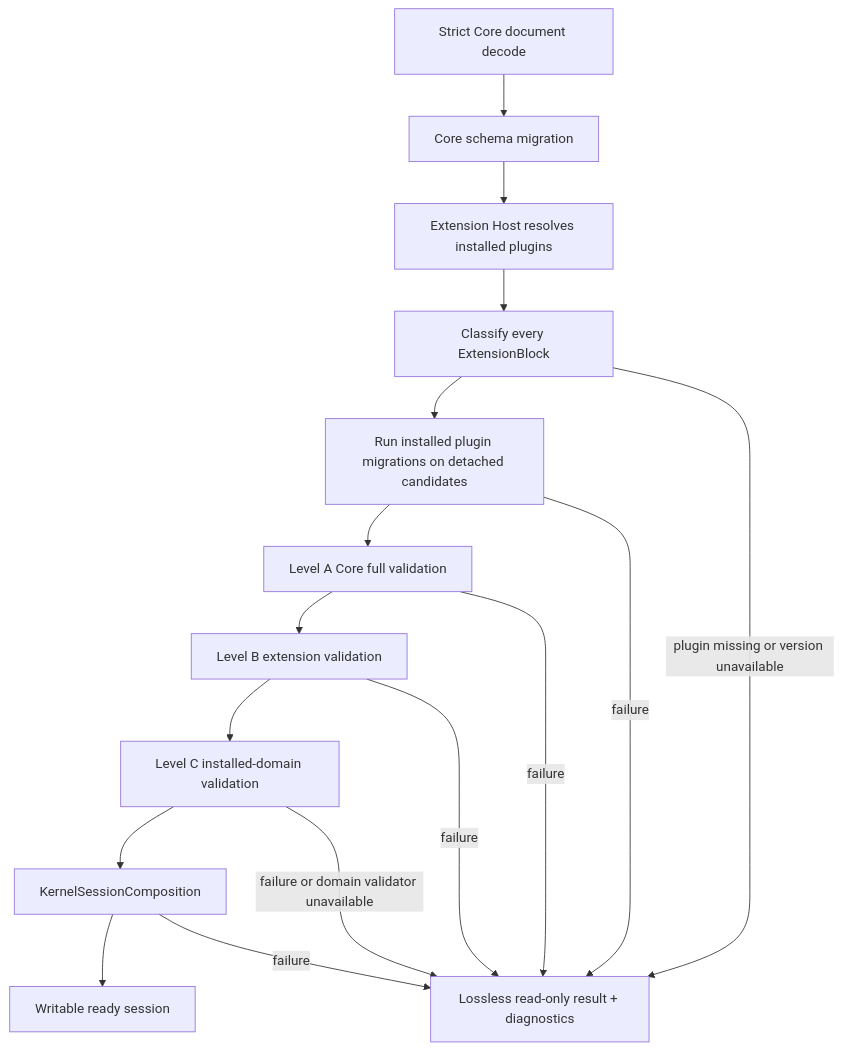
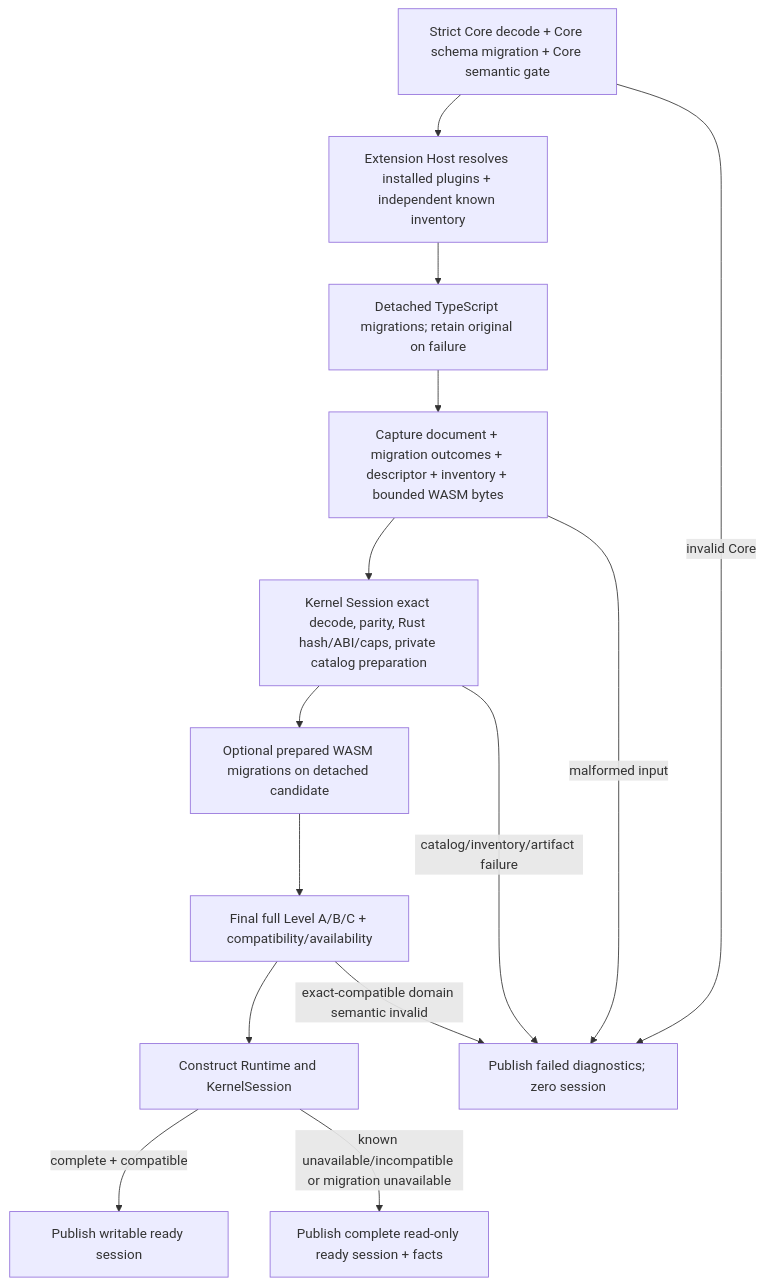
Before and after one commit to FFFAKKK/Brilliant-Guitar: the fifth of 6 diagrams in .trellis/tasks/08-16-brilliant-guitar-architecture-reset-v2/design.md, drawn with Mermaid. The commit also changed other lines of this file and 10 other files, not shown here.

Commit message:
docs(architecture): close extension preparation contracts

````diff
--- a/.trellis/tasks/08-16-brilliant-guitar-architecture-reset-v2/design.md
+++ b/.trellis/tasks/08-16-brilliant-guitar-architecture-reset-v2/design.md
@@ -702,23 +764,22 @@
 ```mermaid
 flowchart TD
-    Decode["Strict Core document decode"]
-    CoreMigration["Core schema migration"]
-    Resolve["Extension Host resolves installed plugins"]
-    Inventory["Classify every ExtensionBlock"]
-    PluginMigration["Run installed plugin migrations on detached candidates"]
-    ValidateA["Level A Core full validation"]
-    ValidateB["Level B extension validation"]
-    ValidateC["Level C installed-domain validation"]
-    Compose["KernelSessionComposition"]
-    Ready["Writable ready session"]
-    Preserve["Lossless read-only result + diagnostics"]
+    Decode["Strict Core decode + Core schema migration + Core semantic gate"]
+    Resolve["Extension Host resolves installed plugins + independent known inventory"]
+    TSMigrate["Detached TypeScript migrations; retain original on failure"]
+    Capture["Capture document + migration outcomes + descriptor + inventory + bounded WASM bytes"]
+    Prepare["Kernel Session exact decode, parity, Rust hash/ABI/caps, private catalog preparation"]
+    WasmMigrate["Optional prepared WASM migrations on detached candidate"]
+    Validate["Final full Level A/B/C + compatibility/availability"]
+    Construct["Construct Runtime and KernelSession"]
+    Writable["Publish writable ready session"]
+    ReadOnly["Publish complete read-only ready session + facts"]
+    Failed["Publish failed diagnostics; zero session"]
 
-    Decode --> CoreMigration --> Resolve --> Inventory --> PluginMigration
-    PluginMigration --> ValidateA --> ValidateB --> ValidateC --> Compose --> Ready
-    Inventory -->|plugin missing or version unavailable| Preserve
-    PluginMigration -->|failure| Preserve
-    ValidateA -->|failure| Preserve
-    ValidateB -->|failure| Preserve
-    ValidateC -->|failure or domain validator unavailable| Preserve
-    Compose -->|failure| Preserve
+    Decode --> Resolve --> TSMigrate --> Capture --> Prepare --> WasmMigrate --> Validate --> Construct
+    Construct -->|complete + compatible| Writable
+    Construct -->|known unavailable/incompatible or migration unavailable| ReadOnly
+    Decode -->|invalid Core| Failed
+    Capture -->|malformed input| Failed
+    Prepare -->|catalog/inventory/artifact failure| Failed
+    Validate -->|exact-compatible domain semantic invalid| Failed
 ```
````
